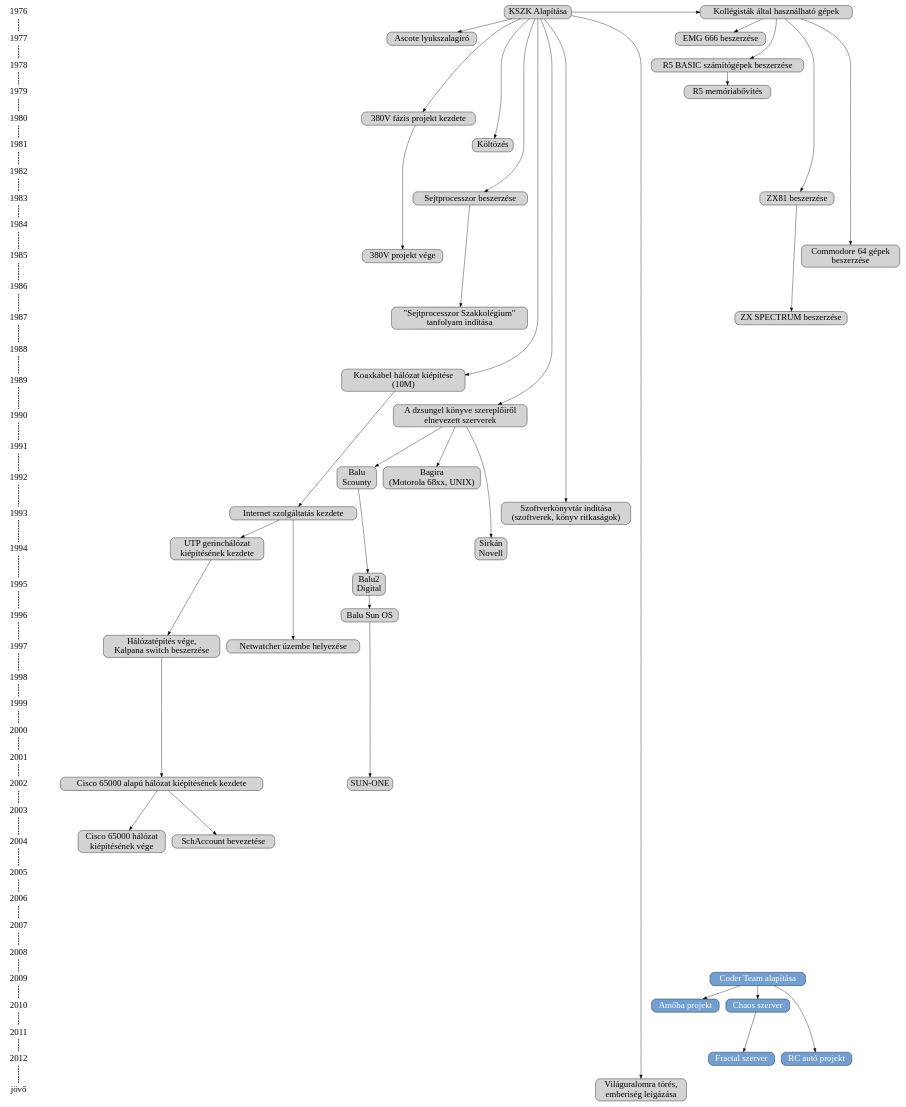
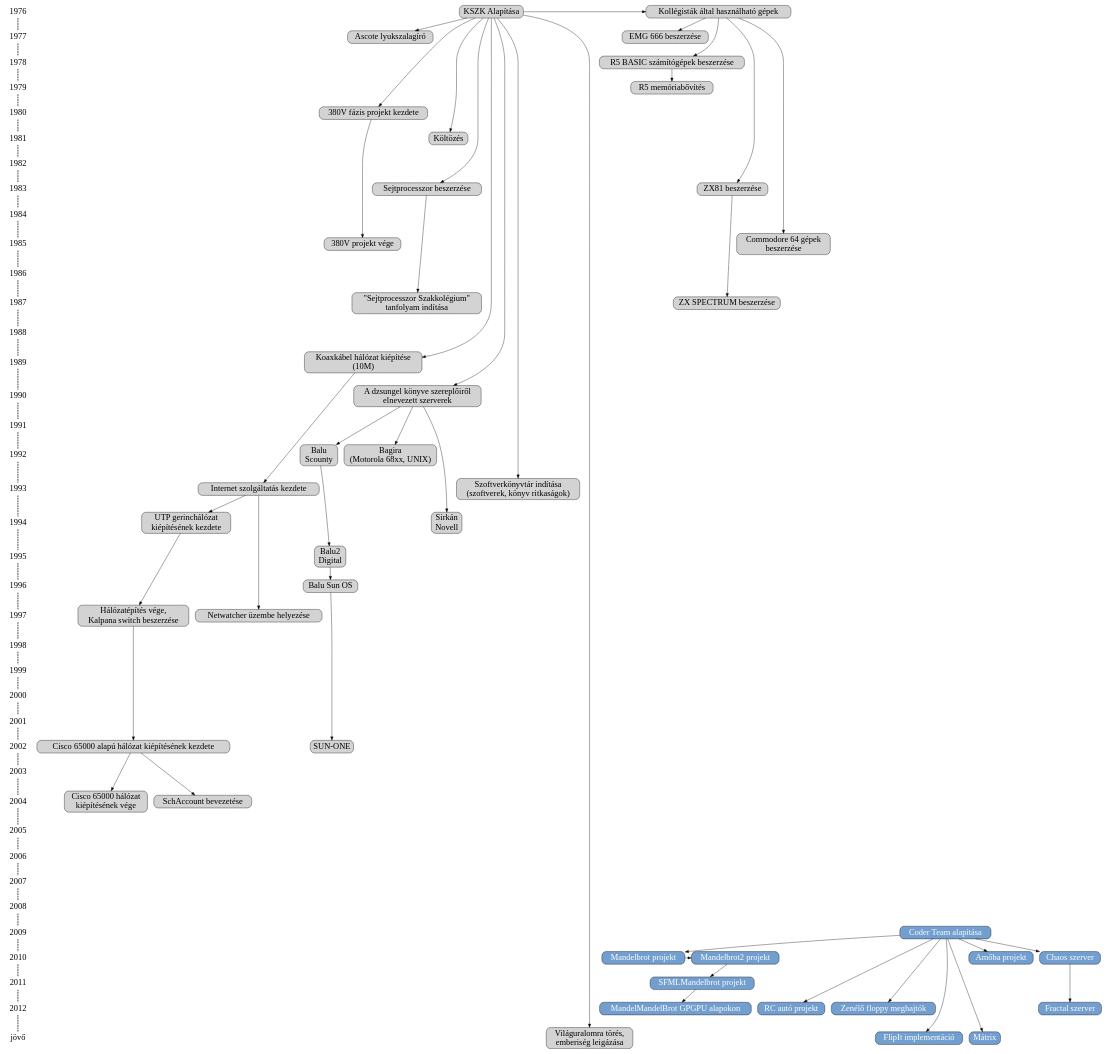
The diagram in timeline.dot (Cangooroo/KSZK), drawn with Graphviz before and after one commit.

```diff
--- a/timeline.dot
+++ b/timeline.dot
@@ -153,17 +153,23 @@
 		CoderTeam [ label = "Coder Team alapítása", fillcolor="#729fcf", fontcolor="#ffffff" ]
 	}
 	{ rank=same; 2010
+		CoderMB1 [ label = "Mandelbrot projekt", fillcolor="#729fcf", fontcolor="#ffffff" ]
+		CoderMB2 [ label = "Mandelbrot2 projekt", fillcolor="#729fcf", fontcolor="#ffffff" ]
 		CoderAmoba [ label = "Amőba projekt", fillcolor="#729fcf", fontcolor="#ffffff" ]
 		CoderChaos [ label = "Chaos szerver", fillcolor="#729fcf", fontcolor="#ffffff" ]
 	}
 	{ rank=same; 2011
-		//...
+		CoderMB3 [ label = "SFMLMandelbrot projekt", fillcolor="#729fcf", fontcolor="#ffffff" ]
 	}
 	{ rank=same; 2012
+		CoderMB4 [ label = "MandelMandelBrot GPGPU alapokon", fillcolor="#729fcf", fontcolor="#ffffff" ]
 		CoderFractal [ label = "Fractal szerver", fillcolor="#729fcf", fontcolor="#ffffff" ]
 		CoderBBRC [ label = "RC autó projekt", fillcolor="#729fcf", fontcolor="#ffffff" ]
+		CoderFloppy [ label = "Zenélő floppy meghajtók", fillcolor="#729fcf", fontcolor="#ffffff" ]
 	}
 	{ rank=same; jövő
+		CoderFlipIT [ label = "FlipIt implementáció", fillcolor="#729fcf", fontcolor="#ffffff" ]
+		CoderMX [ label = "Mátrix", fillcolor="#729fcf", fontcolor="#ffffff" ]
 		VILAGURALOM [ label = "Világuralomra törés,\nemberiség leigázása" ]	
 	}
 	
@@ -190,6 +196,10 @@
 	// Coder Team események
 	CoderTeam -> CoderAmoba
 	CoderTeam -> CoderBBRC
+	CoderTeam -> CoderFloppy
+	CoderTeam -> CoderFlipIT
+	CoderTeam -> CoderMX
+	CoderTeam -> CoderMB1 -> CoderMB2 -> CoderMB3 -> CoderMB4
 	CoderTeam -> CoderChaos -> CoderFractal
 	
 }
```
